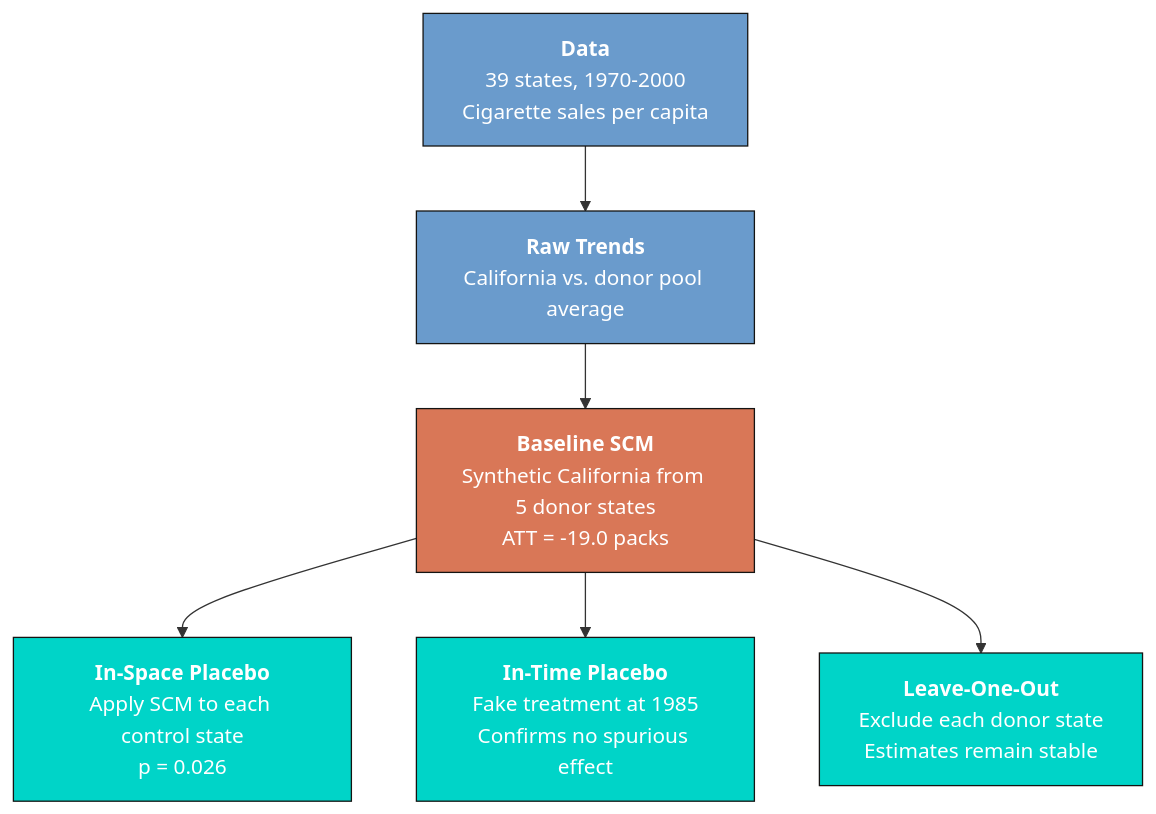
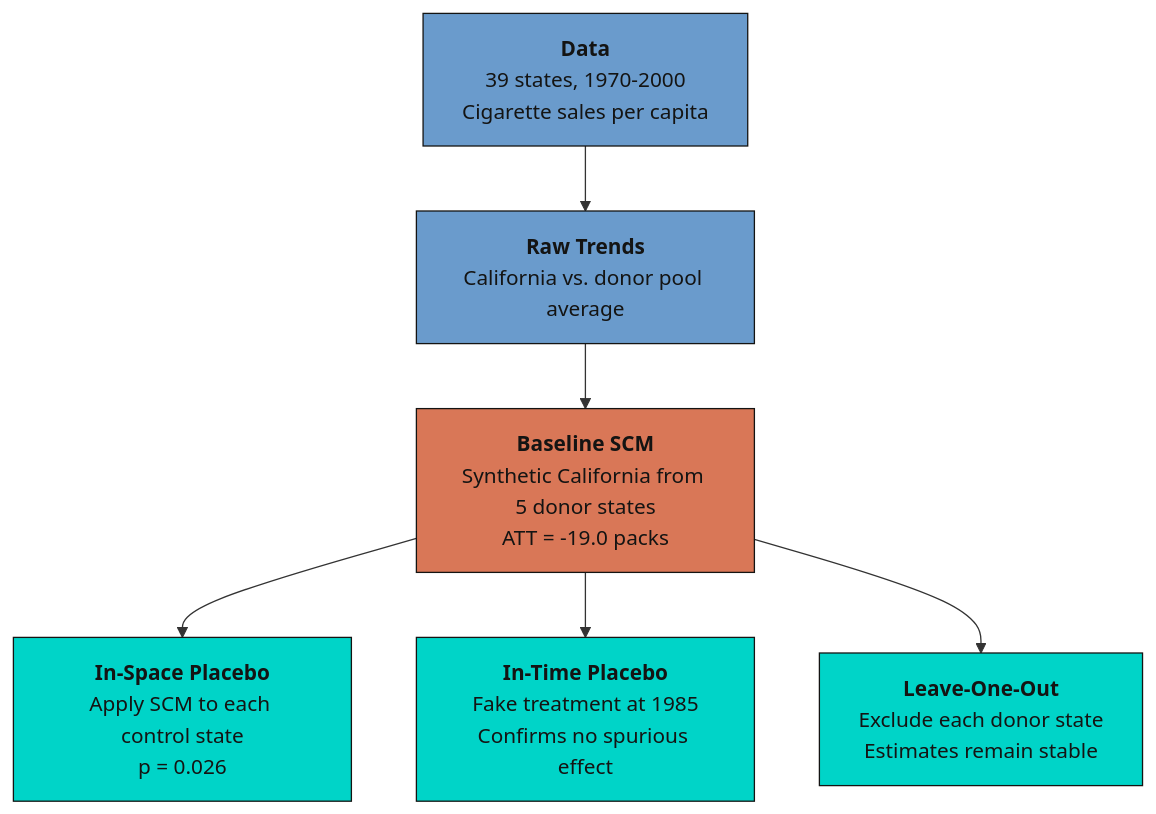
One commit to cmg777/starter-academic-v501 changed the diagram in content/post/stata_sc/index.md. Above: the diagram before and after it, drawn with Mermaid. The commit also changed 67 other files, not shown here.

First line of the commit message:
fix(mermaid): readable diagram text in both themes across the site

````diff
--- a/content/post/stata_sc/index.md
+++ b/content/post/stata_sc/index.md
@@ -85,22 +85,22 @@
 ```mermaid
 graph TD
     DATA["<b>Data</b><br/>39 states, 1970-2000<br/>Cigarette sales per capita"]
     RAW["<b>Raw Trends</b><br/>California vs. donor pool average"]
     SCM["<b>Baseline SCM</b><br/>Synthetic California from 5 donor states<br/>ATT = -19.0 packs"]
     SPACE["<b>In-Space Placebo</b><br/>Apply SCM to each control state<br/>p = 0.026"]
     TIME["<b>In-Time Placebo</b><br/>Fake treatment at 1985<br/>Confirms no spurious effect"]
     LOO["<b>Leave-One-Out</b><br/>Exclude each donor state<br/>Estimates remain stable"]
 
     DATA --> RAW
     RAW --> SCM
     SCM --> SPACE
     SCM --> TIME
     SCM --> LOO
 
-    style DATA fill:#6a9bcc,stroke:#141413,color:#fff
-    style RAW fill:#6a9bcc,stroke:#141413,color:#fff
-    style SCM fill:#d97757,stroke:#141413,color:#fff
-    style SPACE fill:#00d4c8,stroke:#141413,color:#fff
-    style TIME fill:#00d4c8,stroke:#141413,color:#fff
-    style LOO fill:#00d4c8,stroke:#141413,color:#fff
+    style DATA fill:#6a9bcc,stroke:#141413,color:#141413
+    style RAW fill:#6a9bcc,stroke:#141413,color:#141413
+    style SCM fill:#d97757,stroke:#141413,color:#141413
+    style SPACE fill:#00d4c8,stroke:#141413,color:#141413
+    style TIME fill:#00d4c8,stroke:#141413,color:#141413
+    style LOO fill:#00d4c8,stroke:#141413,color:#141413
 ```
````
